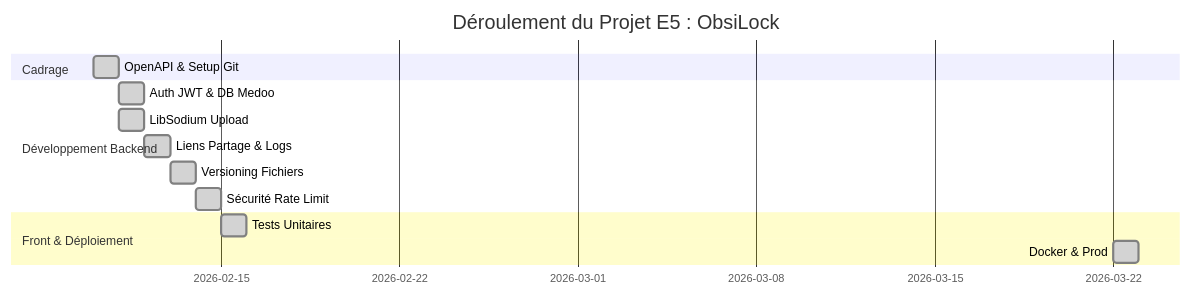
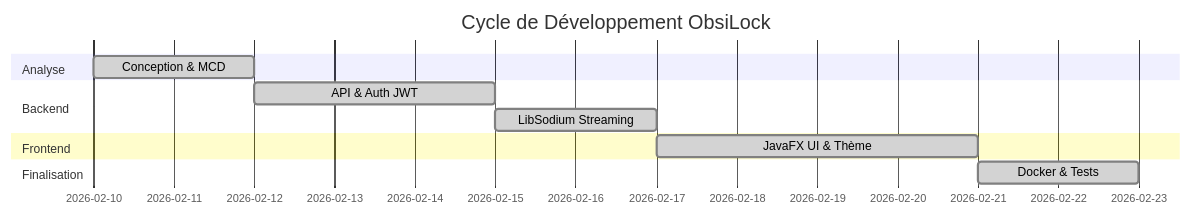
The second of 2 diagrams in DOCS/01_Cahier_des_Charges.md (Momjax/Backup_ObsiLock_Mohamed), drawn with Mermaid before and after one commit. The commit also changed other lines of this file and 53 other files, not shown here.

````diff
--- a/DOCS/01_Cahier_des_Charges.md
+++ b/DOCS/01_Cahier_des_Charges.md
@@ -167,16 +42,14 @@
 ```mermaid
 gantt
-    title Déroulement du Projet E5 : ObsiLock
+    title Cycle de Développement ObsiLock
     dateFormat  YYYY-MM-DD
-    section Cadrage
-    OpenAPI & Setup Git     :done,    des1, 2026-02-10, 1d
-    section Développement Backend
-    Auth JWT & DB Medoo     :done,    des2, 2026-02-11, 1d
-    LibSodium Upload        :done,    des3, 2026-02-11, 1d
-    Liens Partage & Logs    :done,    des4, 2026-02-12, 1d
-    Versioning Fichiers     :done,    des5, 2026-02-13, 1d
-    Sécurité Rate Limit     :done,    des6, 2026-02-14, 1d
-    section Front & Déploiement
-    Tests Unitaires         :done,    des7, 2026-02-15, 1d
-    Docker & Prod           :done,    des8, 2026-03-22, 1d
+    section Analyse
+    Conception & MCD        :done, 2026-02-10, 2d
+    section Backend
+    API & Auth JWT          :done, 2026-02-12, 3d
+    LibSodium Streaming     :done, 2026-02-15, 2d
+    section Frontend
+    JavaFX UI & Thème       :done, 2026-02-17, 4d
+    section Finalisation
+    Docker & Tests          :done, 2026-02-21, 2d
 ```
````
